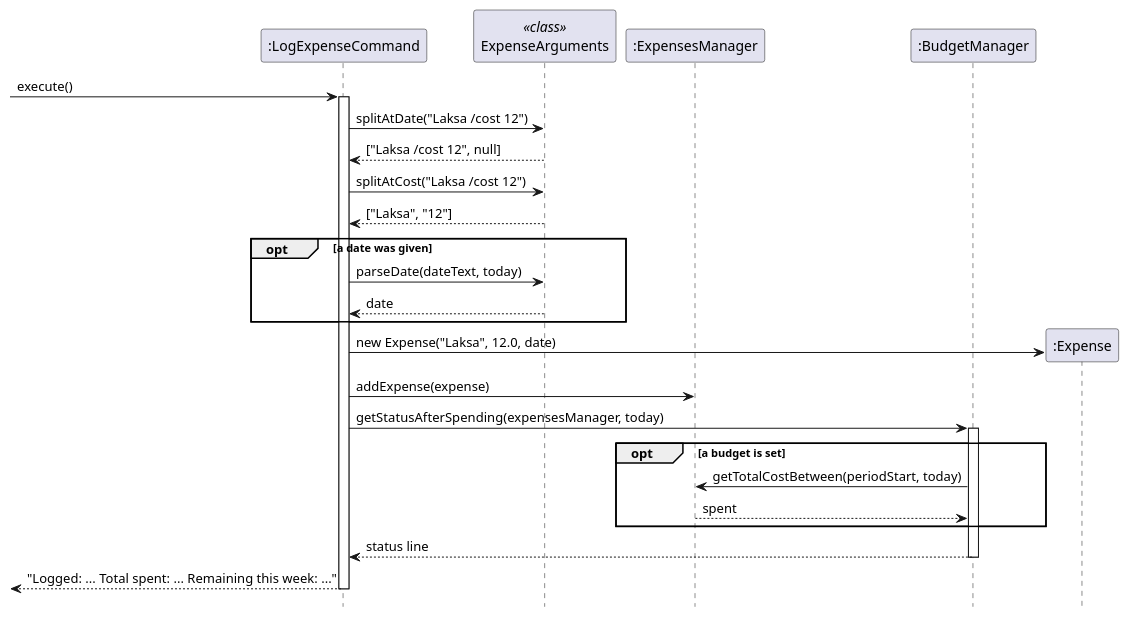
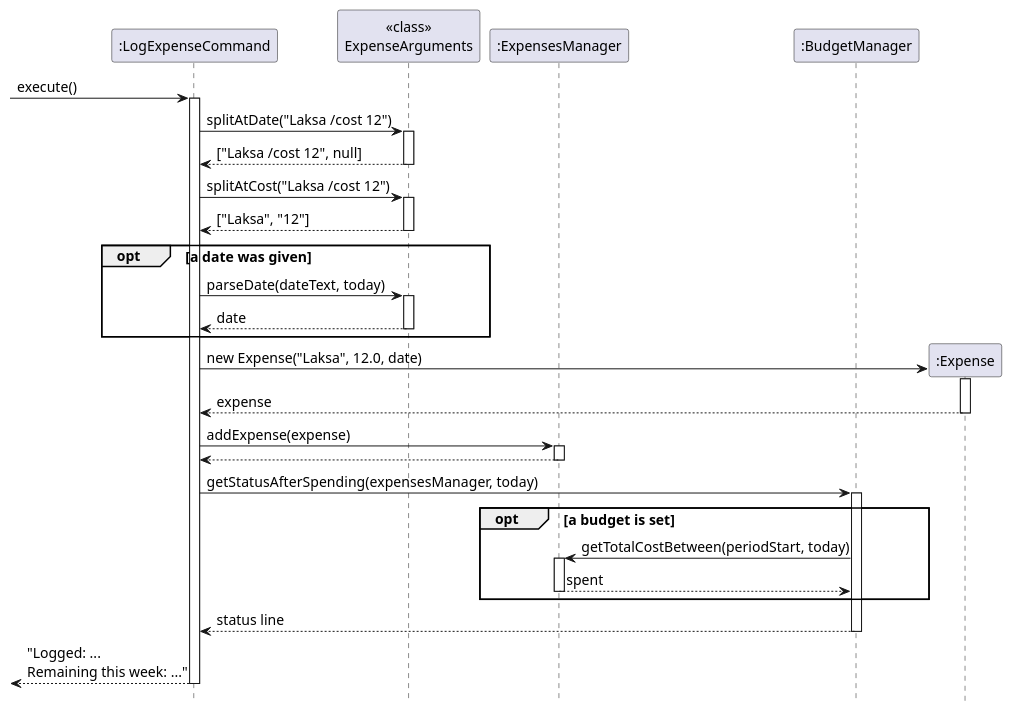
One commit to AY2627S1-CS2113-W10-3/tp changed the diagram in docs/diagrams/LogExpenseSequenceDiagram.puml. Above: the diagram before and after it, drawn with PlantUML. The commit also changed 7 other files, not shown here.

```diff
--- a/docs/diagrams/LogExpenseSequenceDiagram.puml
+++ b/docs/diagrams/LogExpenseSequenceDiagram.puml
@@ -1,31 +1,56 @@
 @startuml
+' log-expense Laksa /cost 12 when a weekly budget is set.
+skinparam shadowing false
+skinparam defaultFontSize 14
 hide footbox
+
 participant ":LogExpenseCommand" as L
-participant "ExpenseArguments" as A <<class>>
+participant "<<class>>\nExpenseArguments" as A
 participant ":ExpensesManager" as E
 participant ":BudgetManager" as B
 
 [-> L : execute()
 activate L
+
 L -> A : splitAtDate("Laksa /cost 12")
+activate A
 A --> L : ["Laksa /cost 12", null]
+deactivate A
+
 L -> A : splitAtCost("Laksa /cost 12")
+activate A
 A --> L : ["Laksa", "12"]
+deactivate A
+
 opt a date was given
-  L -> A : parseDate(dateText, today)
-  A --> L : date
+    L -> A : parseDate(dateText, today)
+    activate A
+    A --> L : date
+    deactivate A
 end
+
 create ":Expense" as X
 L -> X : new Expense("Laksa", 12.0, date)
+activate X
+X --> L : expense
+deactivate X
+
 L -> E : addExpense(expense)
+activate E
+E --> L
+deactivate E
+
 L -> B : getStatusAfterSpending(expensesManager, today)
 activate B
 opt a budget is set
-  B -> E : getTotalCostBetween(periodStart, today)
-  E --> B : spent
+    B -> E : getTotalCostBetween(periodStart, today)
+    activate E
+    E --> B : spent
+    deactivate E
 end
 B --> L : status line
 deactivate B
-[<-- L : "Logged: ... Total spent: ... Remaining this week: ..."
+
+[<-- L : "Logged: ...\nRemaining this week: ..."
 deactivate L
 @enduml
```
